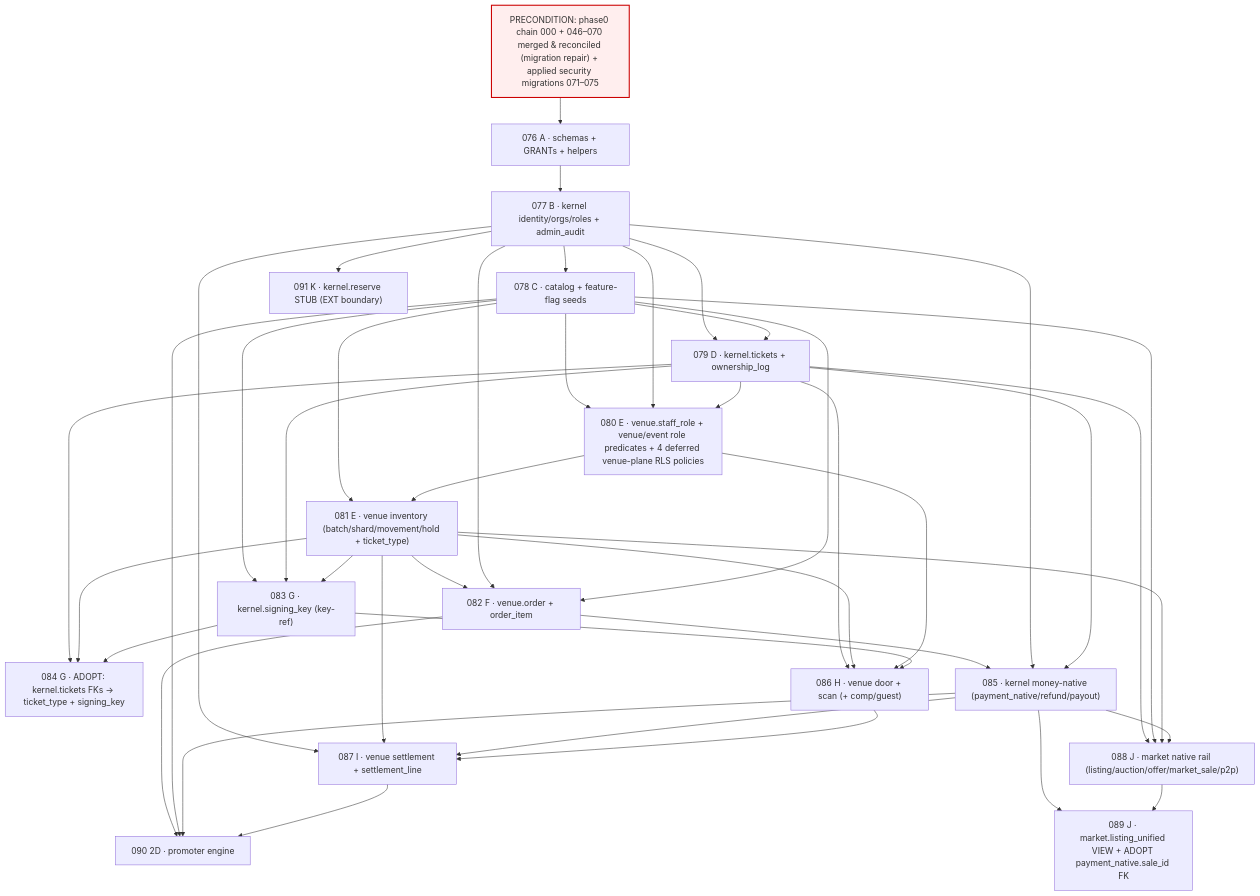
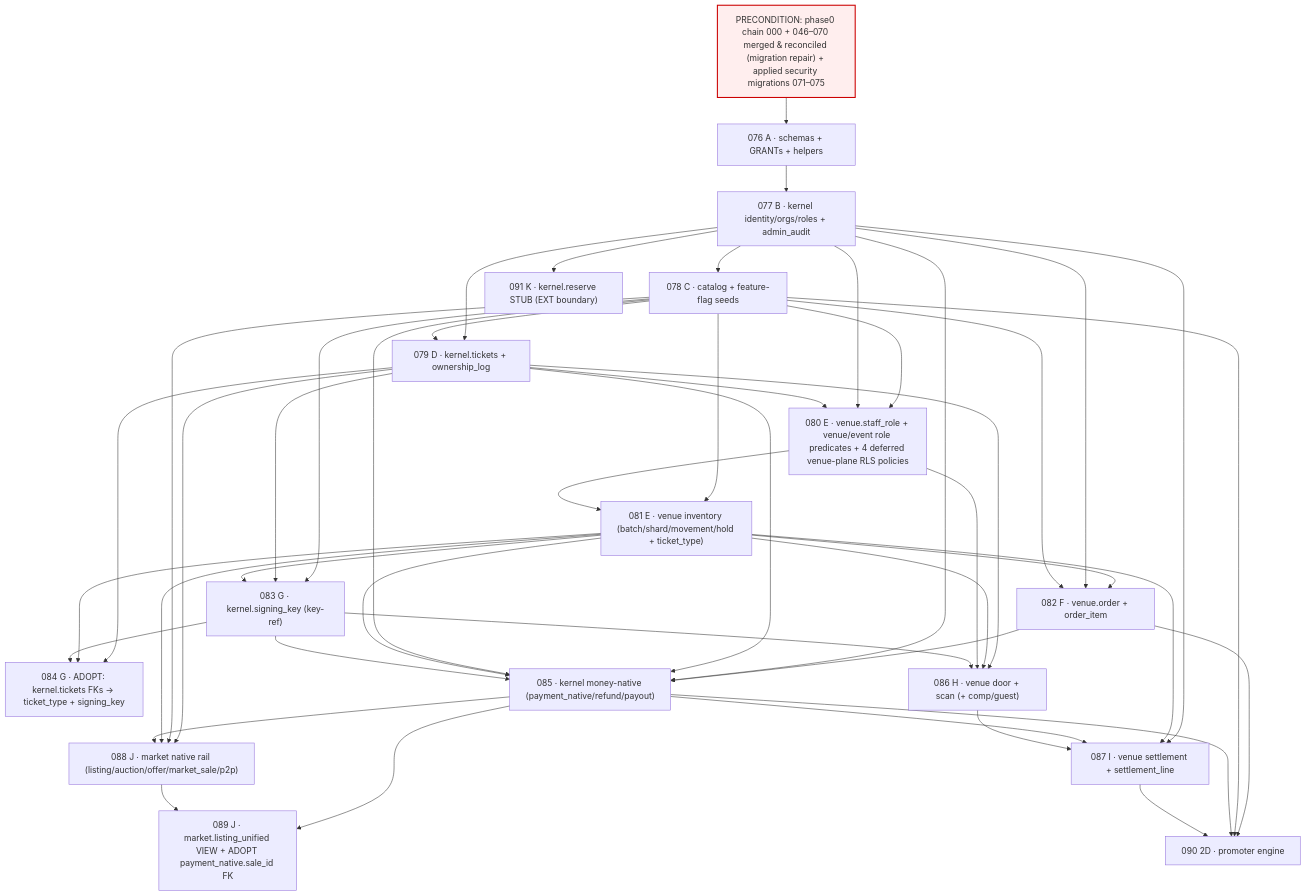
Before and after one commit to SnatchIt-app/snatchit: the diagram in docs/architecture/PHASE_2_SUPABASE_MIGRATION_PLAN.md, drawn with Mermaid. The commit also changed other lines of this file and 2 other files, not shown here.

````diff
--- a/docs/architecture/PHASE_2_SUPABASE_MIGRATION_PLAN.md
+++ b/docs/architecture/PHASE_2_SUPABASE_MIGRATION_PLAN.md
@@ -290,62 +292,65 @@
 ```mermaid
 graph TD
     P0["PRECONDITION: phase0 chain 000 + 046–070 merged & reconciled (migration repair) + applied security migrations 071–075"]:::pre
 
     A076["076 A · schemas + GRANTs + helpers"]
     B077["077 B · kernel identity/orgs/roles + admin_audit"]
     C078["078 C · catalog + feature-flag seeds"]
     D079["079 D · kernel.tickets + ownership_log"]
     E080["080 E · venue.staff_role + venue/event role predicates + 4 deferred venue-plane RLS policies"]
     E081["081 E · venue inventory (batch/shard/movement/hold + ticket_type)"]
     F082["082 F · venue.order + order_item"]
     G083["083 G · kernel.signing_key (key-ref)"]
     G084["084 G · ADOPT: kernel.tickets FKs → ticket_type + signing_key"]
     M085["085 · kernel money-native (payment_native/refund/payout)"]
     H086["086 H · venue door + scan (+ comp/guest)"]
     I087["087 I · venue settlement + settlement_line"]
     J088["088 J · market native rail (listing/auction/offer/market_sale/p2p)"]
     J089["089 J · market.listing_unified VIEW + ADOPT payment_native.sale_id FK"]
     D090["090 2D · promoter engine"]
     K091["091 K · kernel.reserve STUB (EXT boundary)"]
 
     P0 --> A076 --> B077 --> C078
     B077 --> D079
     C078 --> D079
     C078 --> E080
     B077 --> E080
     D079 --> E080
     C078 --> E081
     E080 --> E081
     E081 --> F082
     B077 --> F082
     C078 --> F082
     C078 --> G083
     D079 --> G083
     E081 --> G083
     D079 --> G084
     E081 --> G084
     G083 --> G084
     F082 --> M085
     B077 --> M085
     D079 --> M085
+    C078 --> M085
+    E081 --> M085
+    G083 --> M085
     D079 --> H086
     E081 --> H086
     E080 --> H086
     G083 --> H086
     B077 --> I087
     E081 --> I087
     M085 --> I087
     H086 --> I087
     D079 --> J088
     C078 --> J088
     E081 --> J088
     M085 --> J088
     M085 --> J089
     J088 --> J089
     F082 --> D090
     C078 --> D090
     M085 --> D090
     I087 --> D090
     B077 --> K091
     classDef pre fill:#fee,stroke:#c00,stroke-width:2px;
 ```
````
